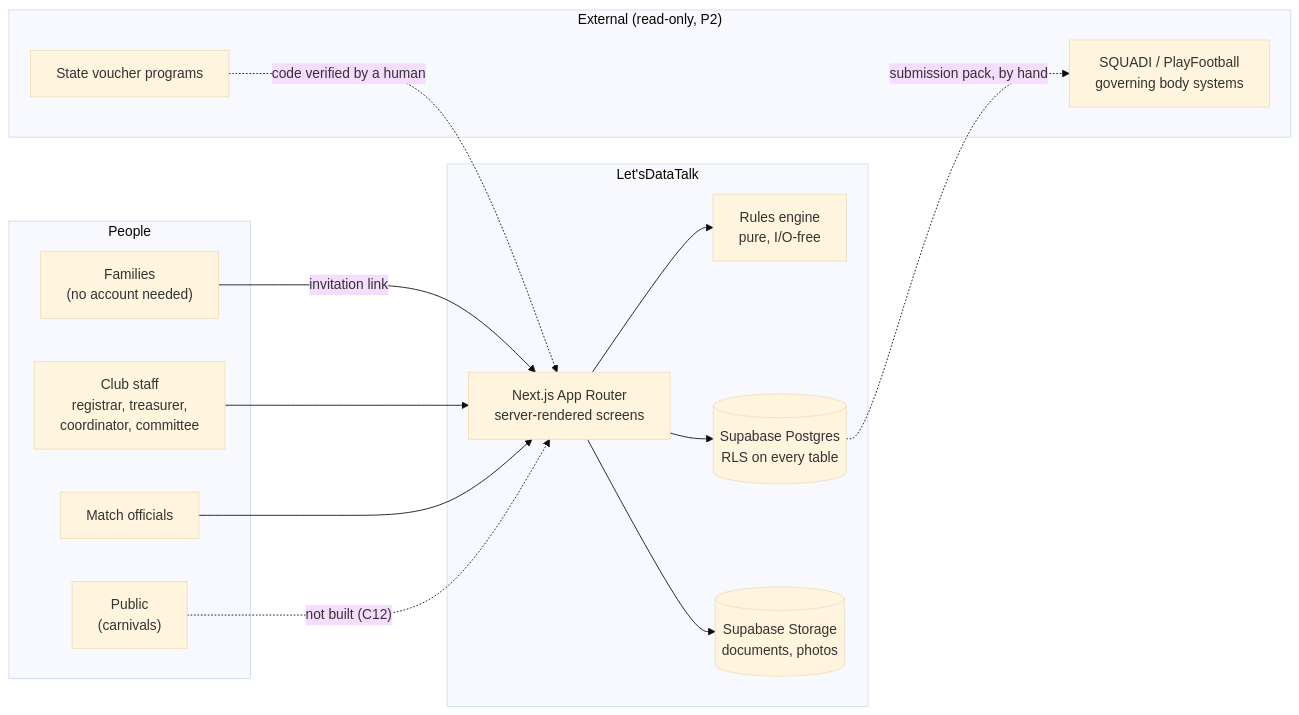
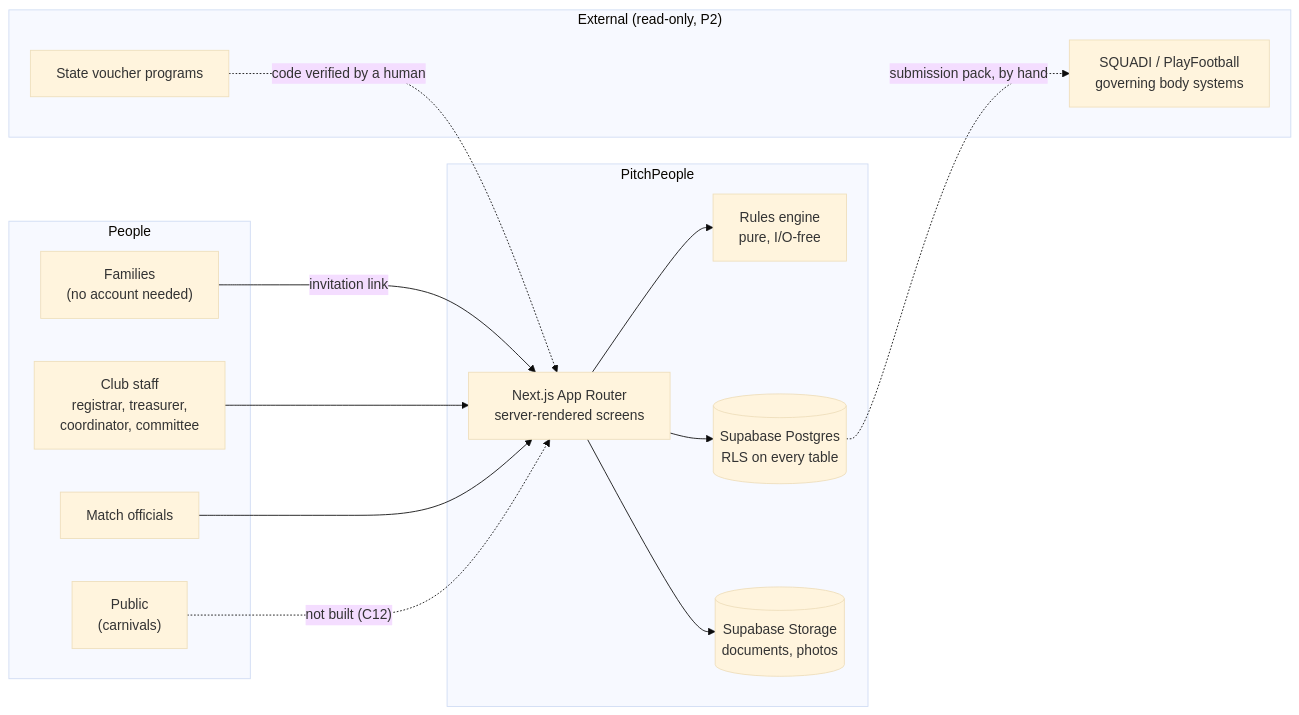
The first of 5 diagrams in specs/design.md (DataME2/ia-architect), drawn with Mermaid (base theme) before and after one commit. The commit also changed other lines of this file and 57 other files, not shown here.

````diff
--- a/specs/design.md
+++ b/specs/design.md
@@ -16,31 +16,31 @@
 ```mermaid
 flowchart LR
   subgraph PEOPLE["People"]
     fam["Families<br>(no account needed)"]
     staff["Club staff<br>registrar, treasurer,<br>coordinator, committee"]
     ref["Match officials"]
     pub["Public<br>(carnivals)"]
   end
 
-  subgraph LDT["Let'sDataTalk"]
+  subgraph LDT["PitchPeople"]
     web["Next.js App Router<br>server-rendered screens"]
     rules["Rules engine<br>pure, I/O-free"]
     db[("Supabase Postgres<br>RLS on every table")]
     store[("Supabase Storage<br>documents, photos")]
   end
 
   subgraph EXT["External (read-only, P2)"]
     squadi["SQUADI / PlayFootball<br>governing body systems"]
     gov["State voucher programs"]
   end
 
   fam -->|invitation link| web
   staff --> web
   ref --> web
   pub -.->|"not built (C12)"| web
   web --> rules
   web --> db
   web --> store
   db -.->|"submission pack, by hand"| squadi
   gov -.->|"code verified by a human"| web
 ```
````
